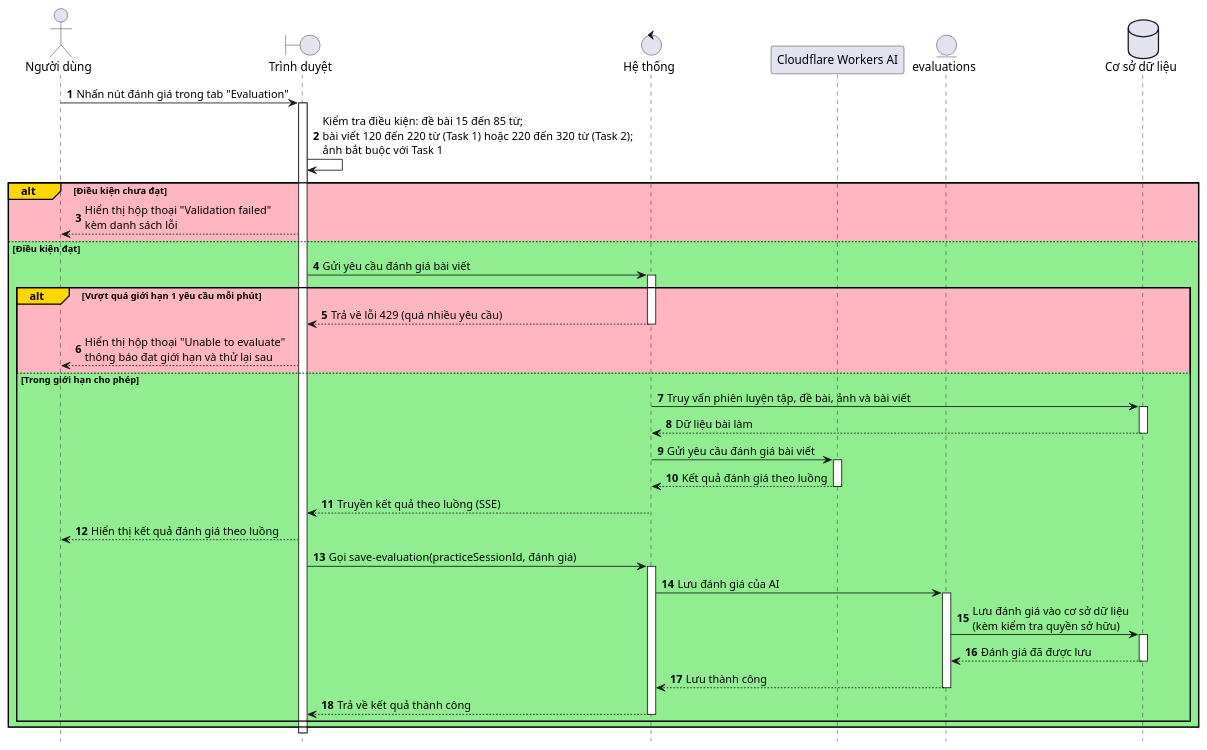
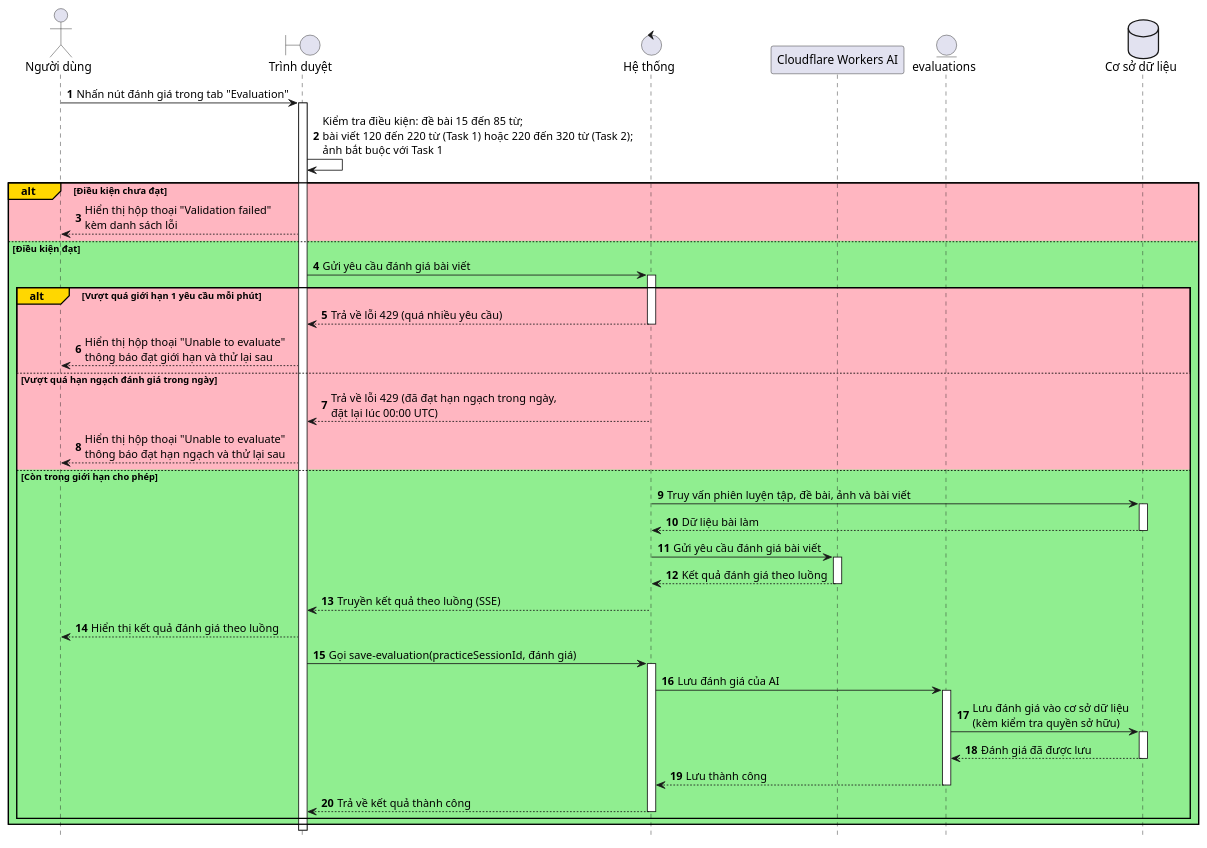
Before and after one commit to ielts-writing-org/ielts-fullstack: the diagram in docs/danh-gia-bai-viet-bang-ai.seq.puml, drawn with PlantUML. The commit also changed 4 other files, not shown here.

First line of the commit message:
docs: update diagrams to reflect domain logic and quota constraints

```diff
--- a/docs/danh-gia-bai-viet-bang-ai.seq.puml
+++ b/docs/danh-gia-bai-viet-bang-ai.seq.puml
@@ -1,43 +1,46 @@
 @startuml Đánh giá bài viết bằng AI SEQ
 
 skinparam DefaultFontName Segoe UI
 
 hide footbox
 autonumber
 
 actor "Người dùng" as User
 boundary "Trình duyệt" as Browser
 control "Hệ thống" as App
 participant "Cloudflare Workers AI" as AI
 entity "evaluations" as Evaluations
 database "Cơ sở dữ liệu" as DB
 
 User -> Browser++: Nhấn nút đánh giá trong tab "Evaluation"
 Browser -> Browser: Kiểm tra điều kiện: đề bài 15 đến 85 từ;\nbài viết 120 đến 220 từ (Task 1) hoặc 220 đến 320 từ (Task 2);\nảnh bắt buộc với Task 1
 
 alt#Gold #LightPink Điều kiện chưa đạt
 	Browser --> User: Hiển thị hộp thoại "Validation failed"\nkèm danh sách lỗi
 else #LightGreen Điều kiện đạt
 	Browser -> App++: Gửi yêu cầu đánh giá bài viết
 
 	alt#Gold #LightPink Vượt quá giới hạn 1 yêu cầu mỗi phút
 		App --> Browser--: Trả về lỗi 429 (quá nhiều yêu cầu)
 		Browser --> User: Hiển thị hộp thoại "Unable to evaluate"\nthông báo đạt giới hạn và thử lại sau
-	else #LightGreen Trong giới hạn cho phép
+	else #LightPink Vượt quá hạn ngạch đánh giá trong ngày
+		App --> Browser--: Trả về lỗi 429 (đã đạt hạn ngạch trong ngày,\nđặt lại lúc 00:00 UTC)
+		Browser --> User: Hiển thị hộp thoại "Unable to evaluate"\nthông báo đạt hạn ngạch và thử lại sau
+	else #LightGreen Còn trong giới hạn cho phép
 		App -> DB++: Truy vấn phiên luyện tập, đề bài, ảnh và bài viết
 		DB --> App--: Dữ liệu bài làm
 		App -> AI++: Gửi yêu cầu đánh giá bài viết
 		AI --> App--: Kết quả đánh giá theo luồng
 		App --> Browser--: Truyền kết quả theo luồng (SSE)
 		Browser --> User: Hiển thị kết quả đánh giá theo luồng
 		Browser -> App++: Gọi save-evaluation(practiceSessionId, đánh giá)
 		App -> Evaluations++: Lưu đánh giá của AI
 		Evaluations -> DB++: Lưu đánh giá vào cơ sở dữ liệu\n(kèm kiểm tra quyền sở hữu)
 		DB --> Evaluations--: Đánh giá đã được lưu
 		Evaluations --> App--: Lưu thành công
 		App --> Browser--: Trả về kết quả thành công
 	end
 end
 deactivate Browser
 
 @enduml
```
